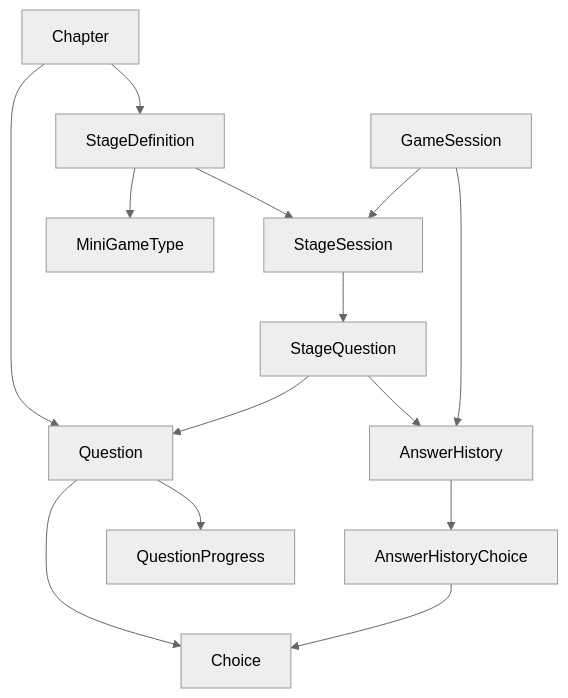
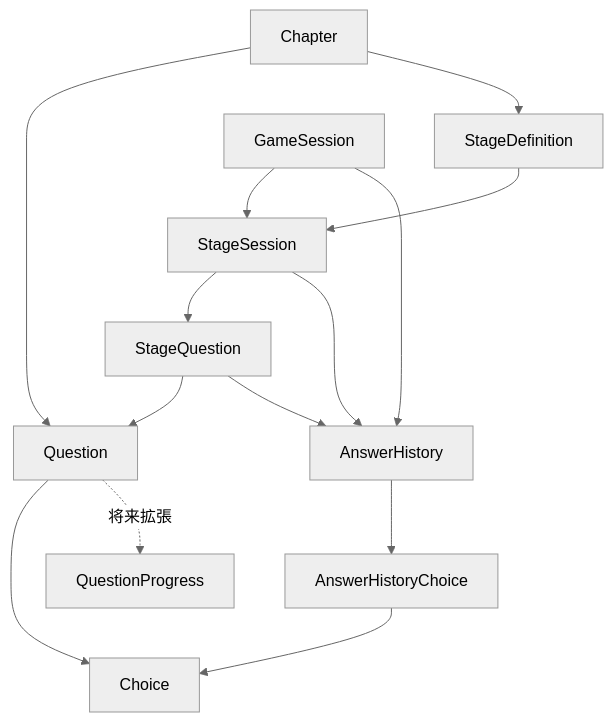
One commit to suu-dev-0203/graduation_JAVAgame changed diagram 11 of 27 in README.md. Above: the diagram before and after it, drawn with Mermaid (neutral theme). The commit also changed other lines of this file, not shown here.

````diff
--- a/README.md
+++ b/README.md
@@ -385,16 +381,19 @@
 ```mermaid
 flowchart TD
     C[Chapter] --> Q[Question]
     Q --> CH[Choice]
     C --> SD[StageDefinition]
-    SD --> SS[StageSession]
-    SD --> MG[MiniGameType]
-    GS[GameSession] --> SS
+
+    GS[GameSession] --> SS[StageSession]
+    SD --> SS
     SS --> SQ[StageQuestion]
     SQ --> Q
-    SQ --> AH[AnswerHistory]
+
+    GS --> AH[AnswerHistory]
+    SS --> AH
+    SQ --> AH
     AH --> AHC[AnswerHistoryChoice]
     AHC --> CH
-    Q --> AHP[QuestionProgress]
-    GS --> AH
+
+    Q -. 将来拡張 .-> QP[QuestionProgress]
 ```
````
